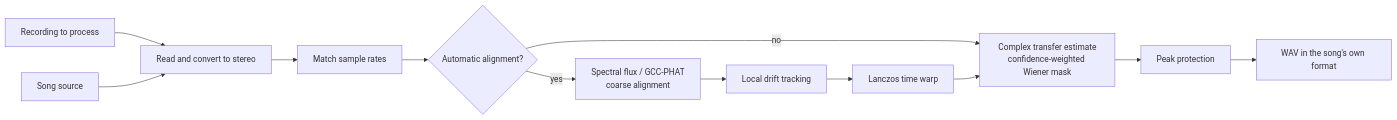
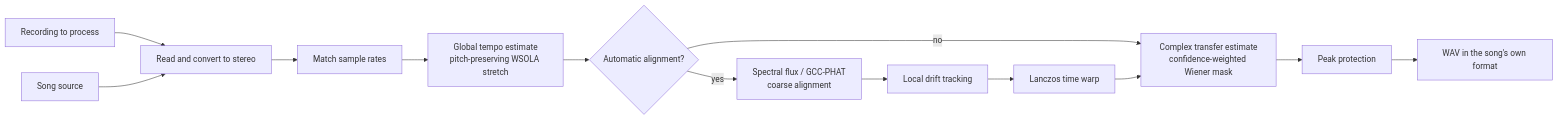
Before and after one commit to ChouChiu/Purivox: the diagram in docs/en/reference-removal.md, drawn with Mermaid. The commit also changed other lines of this file and 39 other files, not shown here.

````diff
--- a/docs/en/reference-removal.md
+++ b/docs/en/reference-removal.md
@@ -62,14 +62,15 @@
 ```mermaid
 flowchart LR
     mix["Recording to process"] --> read["Read and convert to stereo"]
     ref["Song source"] --> read
     read --> rate["Match sample rates"]
-    rate --> enabled{"Automatic alignment?"}
+    rate --> tempo["Global tempo estimate<br/>pitch-preserving WSOLA stretch"]
+    tempo --> enabled{"Automatic alignment?"}
     enabled -->|yes| coarse["Spectral flux / GCC-PHAT<br/>coarse alignment"]
     coarse --> drift["Local drift tracking"]
     drift --> warp["Lanczos time warp"]
     enabled -->|no| mask["Complex transfer estimate<br/>confidence-weighted Wiener mask"]
     warp --> mask
     mask --> protect["Peak protection"]
     protect --> output["WAV in the song's own format"]
 ```
````
